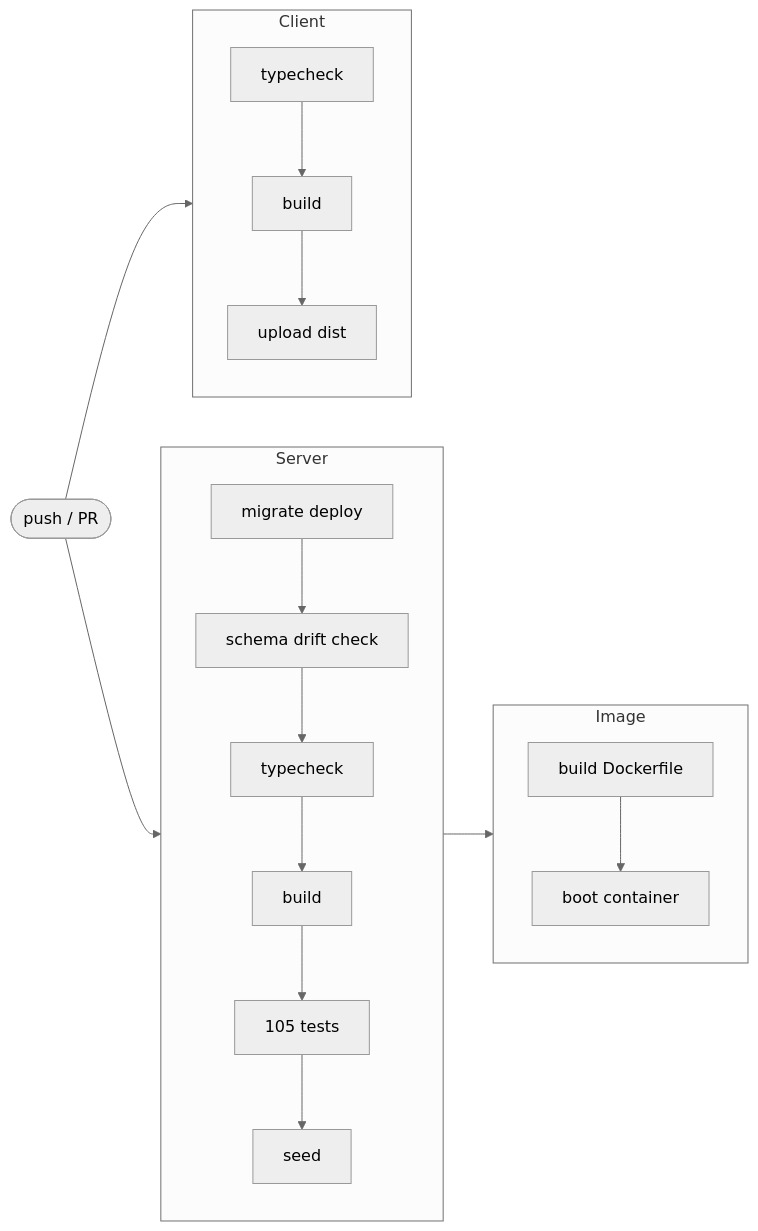
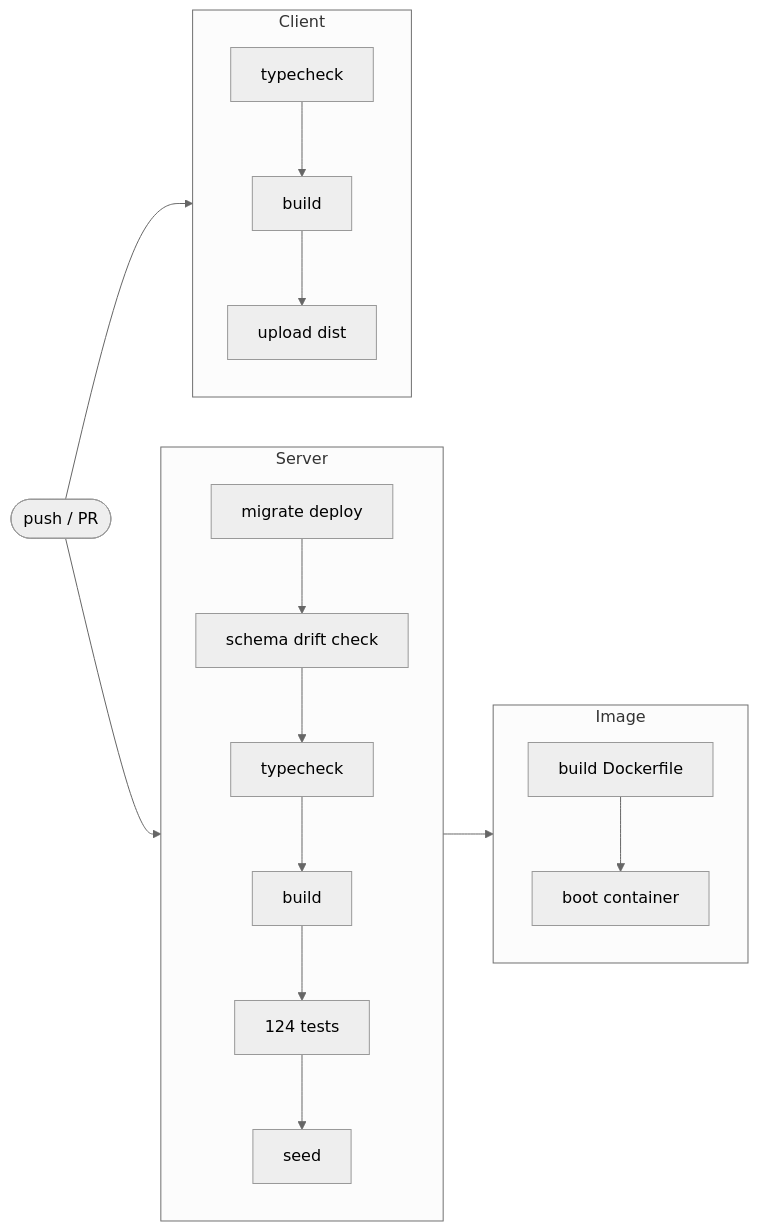
Before and after one commit to VedGoyaniTech/globaltrotter-odoo: the diagram in README.md, drawn with Mermaid (neutral theme). The commit also changed other lines of this file and 25 other files, not shown here.

````diff
--- a/README.md
+++ b/README.md
@@ -191,21 +191,21 @@
 ```mermaid
 flowchart LR
   P([push / PR]) --> S1
   P([push / PR]) --> C1
   S6 --> I1
 
   subgraph S[" Server "]
     direction TB
-    S1[migrate deploy] --> S2[schema drift check] --> S3[typecheck] --> S4[build] --> S5[105 tests] --> S6[seed]
+    S1[migrate deploy] --> S2[schema drift check] --> S3[typecheck] --> S4[build] --> S5[124 tests] --> S6[seed]
   end
 
   subgraph C[" Client "]
     direction TB
     C1[typecheck] --> C2[build] --> C3[upload dist]
   end
 
   subgraph I[" Image "]
     direction TB
     I1[build Dockerfile] --> I2[boot container]
   end
 ```
````
